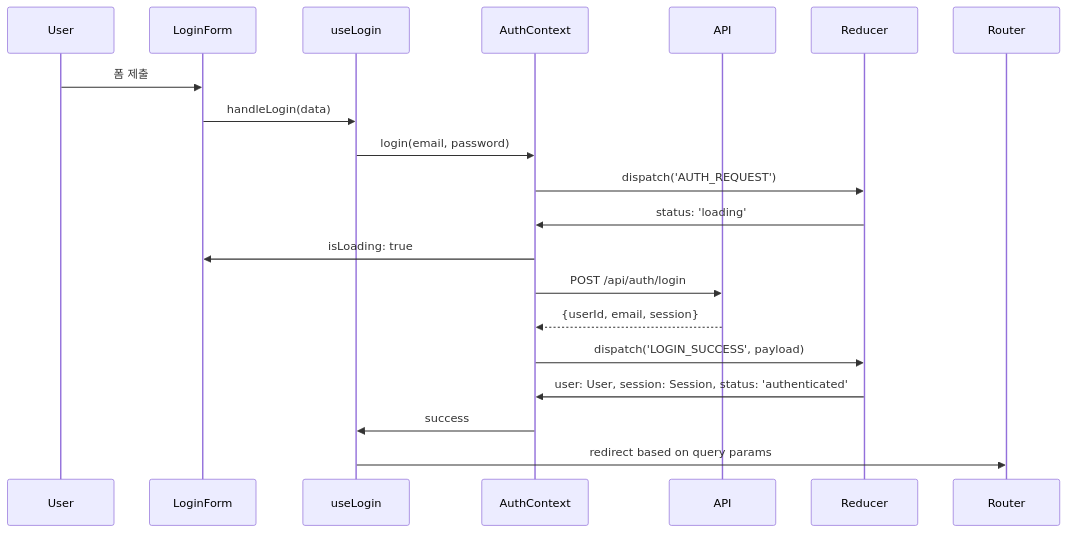
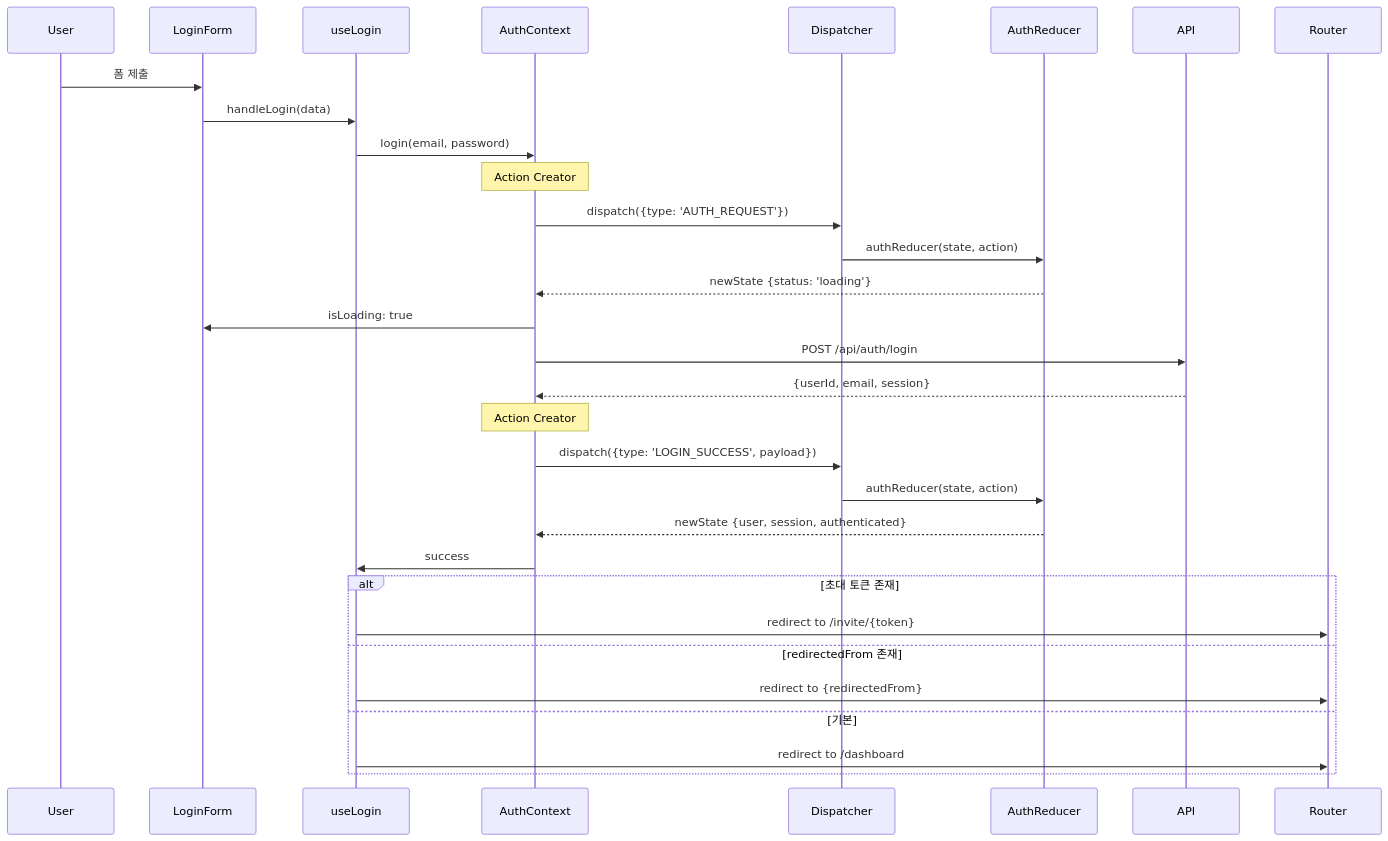
Before and after one commit to dasanworld/ChatService: the second of 3 diagrams in docs/pages/login/state-management.md, drawn with Mermaid. The commit also changed other lines of this file and 4 other files, not shown here.

Commit message:
docs: Update state management documentation for Chat Room, Dashboard, Invite, Login, and Signup pages with Flux architecture and flow diagrams

````diff
--- a/docs/pages/login/state-management.md
+++ b/docs/pages/login/state-management.md
@@ -180,26 +202,39 @@
 ```mermaid
 sequenceDiagram
     participant User
     participant LoginForm
     participant useLogin
     participant AuthContext
+    participant Dispatcher
+    participant AuthReducer
     participant API
-    participant Reducer
+    participant Router
     
     User->>LoginForm: 폼 제출
     LoginForm->>useLogin: handleLogin(data)
     useLogin->>AuthContext: login(email, password)
     
-    AuthContext->>Reducer: dispatch('AUTH_REQUEST')
-    Reducer->>AuthContext: status: 'loading'
+    Note over AuthContext: Action Creator
+    AuthContext->>Dispatcher: dispatch({type: 'AUTH_REQUEST'})
+    Dispatcher->>AuthReducer: authReducer(state, action)
+    AuthReducer-->>AuthContext: newState {status: 'loading'}
     AuthContext->>LoginForm: isLoading: true
     
     AuthContext->>API: POST /api/auth/login
     API-->>AuthContext: {userId, email, session}
     
-    AuthContext->>Reducer: dispatch('LOGIN_SUCCESS', payload)
-    Reducer->>AuthContext: user: User, session: Session, status: 'authenticated'
+    Note over AuthContext: Action Creator
+    AuthContext->>Dispatcher: dispatch({type: 'LOGIN_SUCCESS', payload})
+    Dispatcher->>AuthReducer: authReducer(state, action)
+    AuthReducer-->>AuthContext: newState {user, session, authenticated}
     
     AuthContext->>useLogin: success
-    useLogin->>Router: redirect based on query params
+    
+    alt 초대 토큰 존재
+        useLogin->>Router: redirect to /invite/{token}
+    else redirectedFrom 존재
+        useLogin->>Router: redirect to {redirectedFrom}
+    else 기본
+        useLogin->>Router: redirect to /dashboard
+    end
 ```
````
